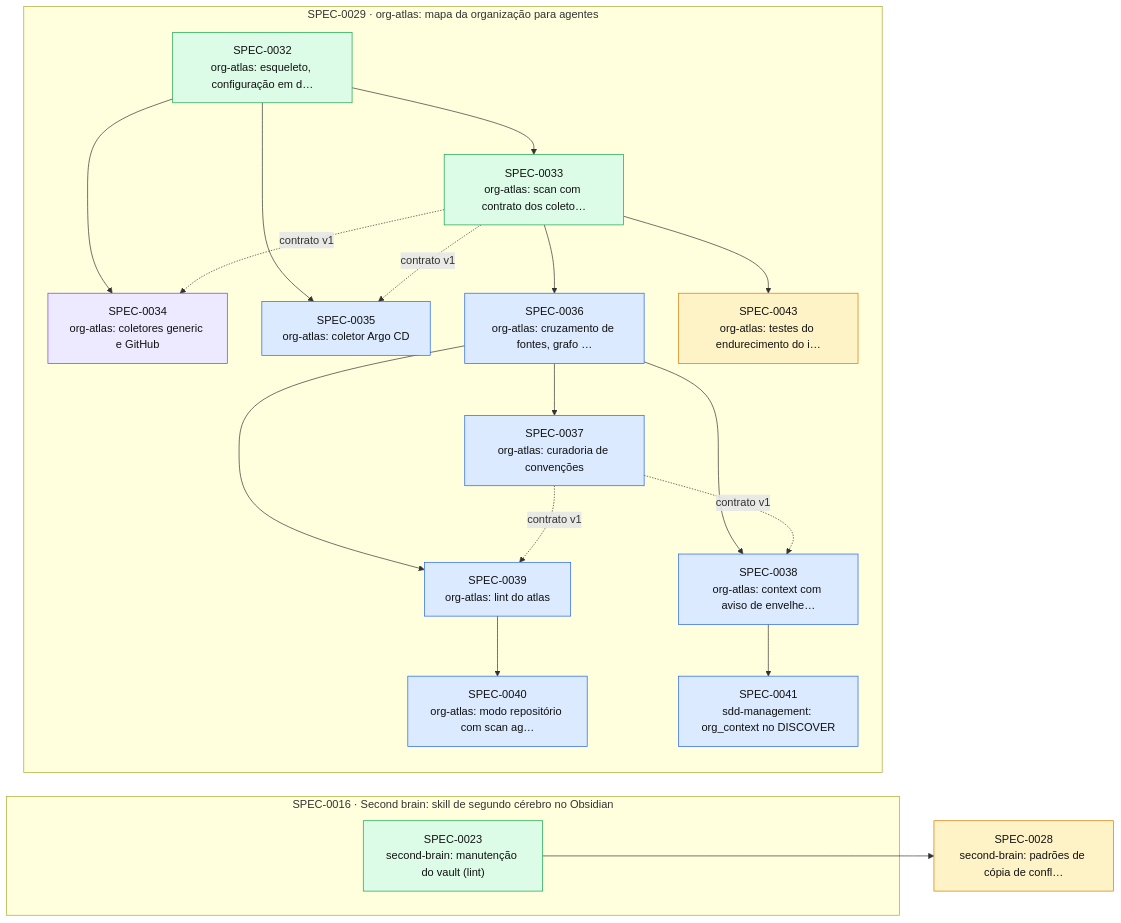
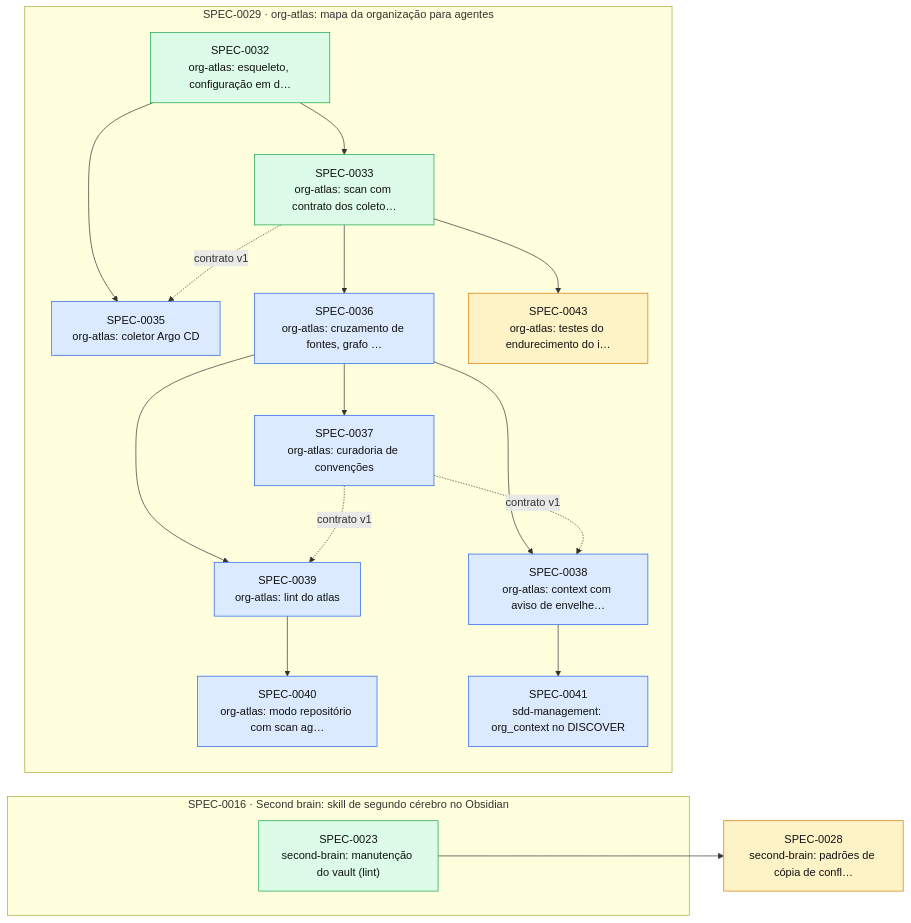
Before and after one commit to thomasravache/ai-dev-brain: the diagram in docs/specs/INDEX.md, drawn with Mermaid. The commit also changed other lines of this file and 1 other file, not shown here.

First line of the commit message:
docs(specs): G7 e fechamento da SPEC-0034

````diff
--- a/docs/specs/INDEX.md
+++ b/docs/specs/INDEX.md
@@ -57,40 +56,37 @@
 ```mermaid
 flowchart LR
   S0028["SPEC-0028<br/>second-brain: padrões de cópia de confl…"]:::proposed
   subgraph E0016["SPEC-0016 · Second brain: skill de segundo cérebro no Obsidian"]
     S0023["SPEC-0023<br/>second-brain: manutenção do vault (lint)"]:::implemented
   end
   subgraph E0029["SPEC-0029 · org-atlas: mapa da organização para agentes"]
     S0032["SPEC-0032<br/>org-atlas: esqueleto, configuração em d…"]:::implemented
     S0033["SPEC-0033<br/>org-atlas: scan com contrato dos coleto…"]:::implemented
-    S0034["SPEC-0034<br/>org-atlas: coletores generic e GitHub"]:::inprogress
     S0035["SPEC-0035<br/>org-atlas: coletor Argo CD"]:::approved
     S0036["SPEC-0036<br/>org-atlas: cruzamento de fontes, grafo …"]:::approved
     S0037["SPEC-0037<br/>org-atlas: curadoria de convenções"]:::approved
     S0038["SPEC-0038<br/>org-atlas: context com aviso de envelhe…"]:::approved
     S0039["SPEC-0039<br/>org-atlas: lint do atlas"]:::approved
     S0040["SPEC-0040<br/>org-atlas: modo repositório com scan ag…"]:::approved
     S0041["SPEC-0041<br/>sdd-management: org_context no DISCOVER"]:::approved
     S0043["SPEC-0043<br/>org-atlas: testes do endurecimento do i…"]:::proposed
   end
   S0023 --> S0028
   S0032 --> S0033
-  S0032 --> S0034
-  S0033 -. contrato v1 .-> S0034
   S0032 --> S0035
   S0033 -. contrato v1 .-> S0035
   S0033 --> S0036
   S0036 --> S0037
   S0036 --> S0038
   S0037 -. contrato v1 .-> S0038
   S0036 --> S0039
   S0037 -. contrato v1 .-> S0039
   S0039 --> S0040
   S0038 --> S0041
   S0033 --> S0043
   classDef proposed fill:#fef3c7,stroke:#d97706,color:#111
   classDef approved fill:#dbeafe,stroke:#2563eb,color:#111
   classDef inprogress fill:#ede9fe,stroke:#7c3aed,color:#111
   classDef implemented fill:#dcfce7,stroke:#16a34a,color:#111
   classDef deprecated fill:#f3f4f6,stroke:#9ca3af,color:#6b7280
 ```
````
